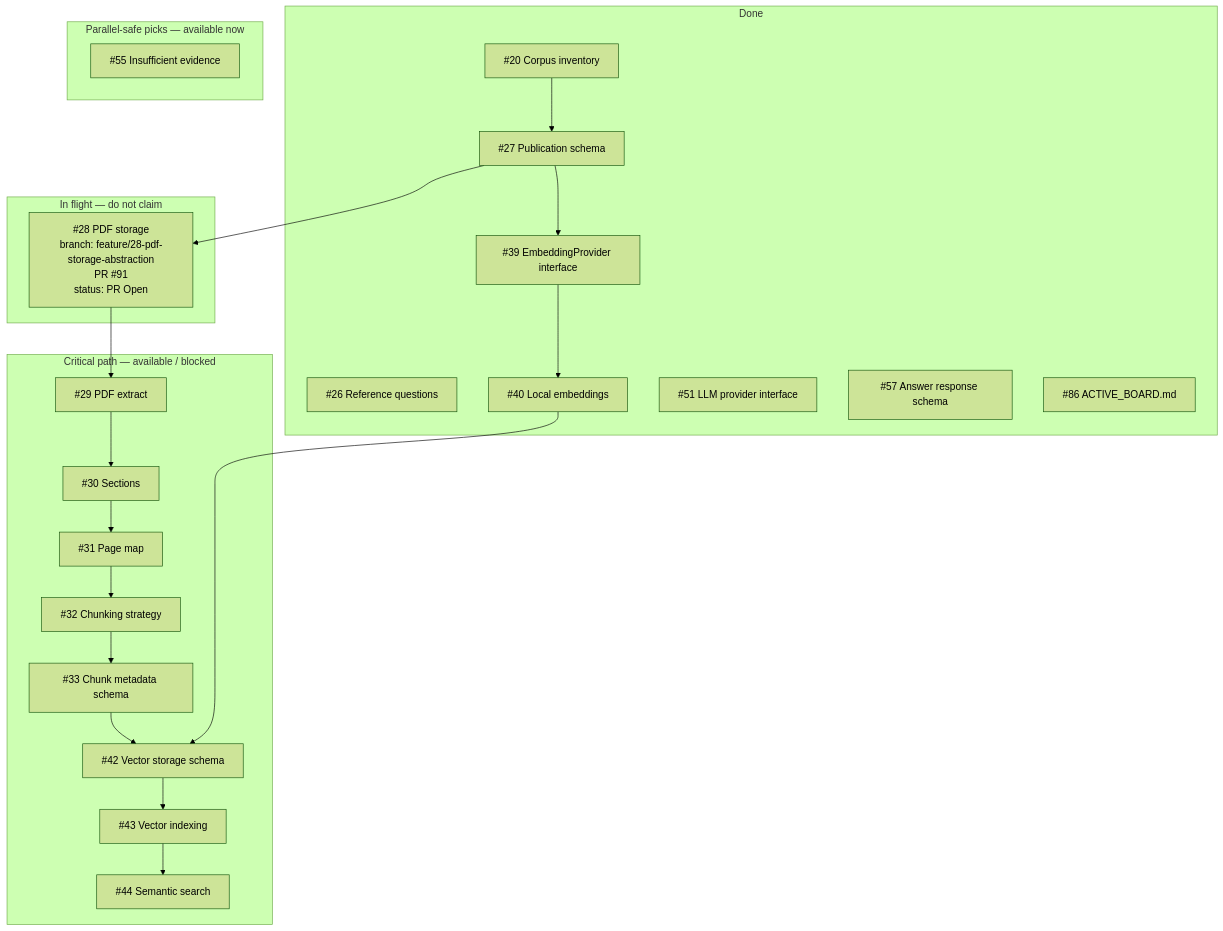
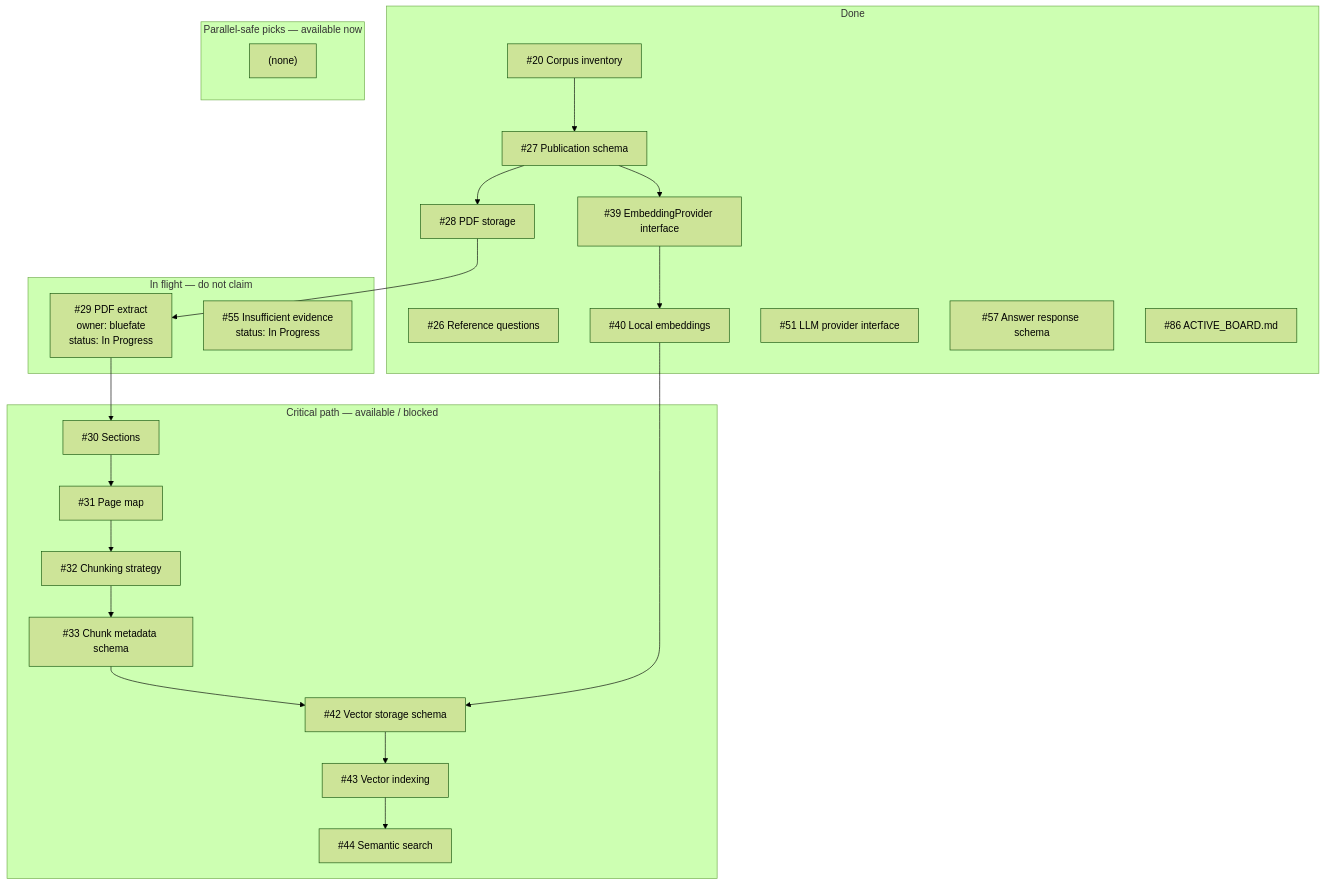
Before and after one commit to bluefate/spacebio-evidence-engine: the diagram in docs/development/ACTIVE_BOARD.md, drawn with Mermaid (forest theme). The commit also changed other lines of this file and 9 other files, not shown here.

````diff
--- a/docs/development/ACTIVE_BOARD.md
+++ b/docs/development/ACTIVE_BOARD.md
@@ -61,42 +61,43 @@
 ```mermaid
 flowchart TB
   subgraph done [Done]
     i20["#20 Corpus inventory"]
     i26["#26 Reference questions"]
     i27["#27 Publication schema"]
+    i28["#28 PDF storage"]
     i39["#39 EmbeddingProvider interface"]
     i40["#40 Local embeddings"]
     i51["#51 LLM provider interface"]
     i57["#57 Answer response schema"]
     i86["#86 ACTIVE_BOARD.md"]
   end
   subgraph inflight [In flight — do not claim]
-    i28["#28 PDF storage<br/>branch: feature/28-pdf-storage-abstraction<br/>PR #91<br/>status: PR Open"]
+    i29["#29 PDF extract<br/>owner: bluefate<br/>status: In Progress"]
+    i55["#55 Insufficient evidence<br/>status: In Progress"]
   end
   subgraph nextCritical [Critical path — available / blocked]
-    i29["#29 PDF extract"]
     i30["#30 Sections"]
     i31["#31 Page map"]
     i32["#32 Chunking strategy"]
     i33["#33 Chunk metadata schema"]
     i42["#42 Vector storage schema"]
     i43["#43 Vector indexing"]
     i44["#44 Semantic search"]
   end
   subgraph nextParallel [Parallel-safe picks — available now]
-    i55["#55 Insufficient evidence"]
+    nextParallel_empty["(none)"]
   end
   i20 --> i27
   i27 --> i28
   i28 --> i29
   i29 --> i30
   i30 --> i31
   i31 --> i32
   i32 --> i33
   i33 --> i42
   i27 --> i39
   i39 --> i40
   i40 --> i42
   i42 --> i43
   i43 --> i44
 ```
````
